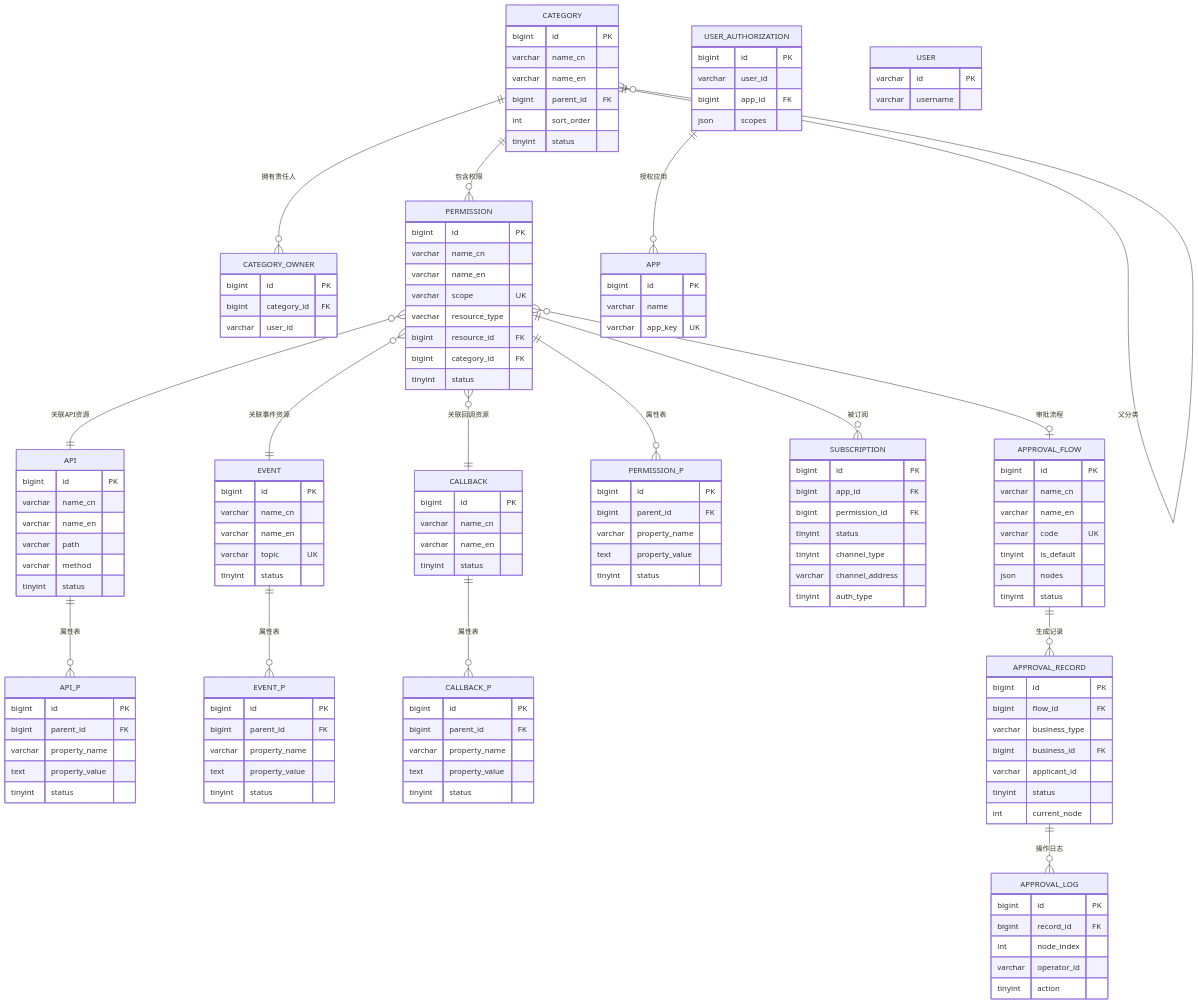
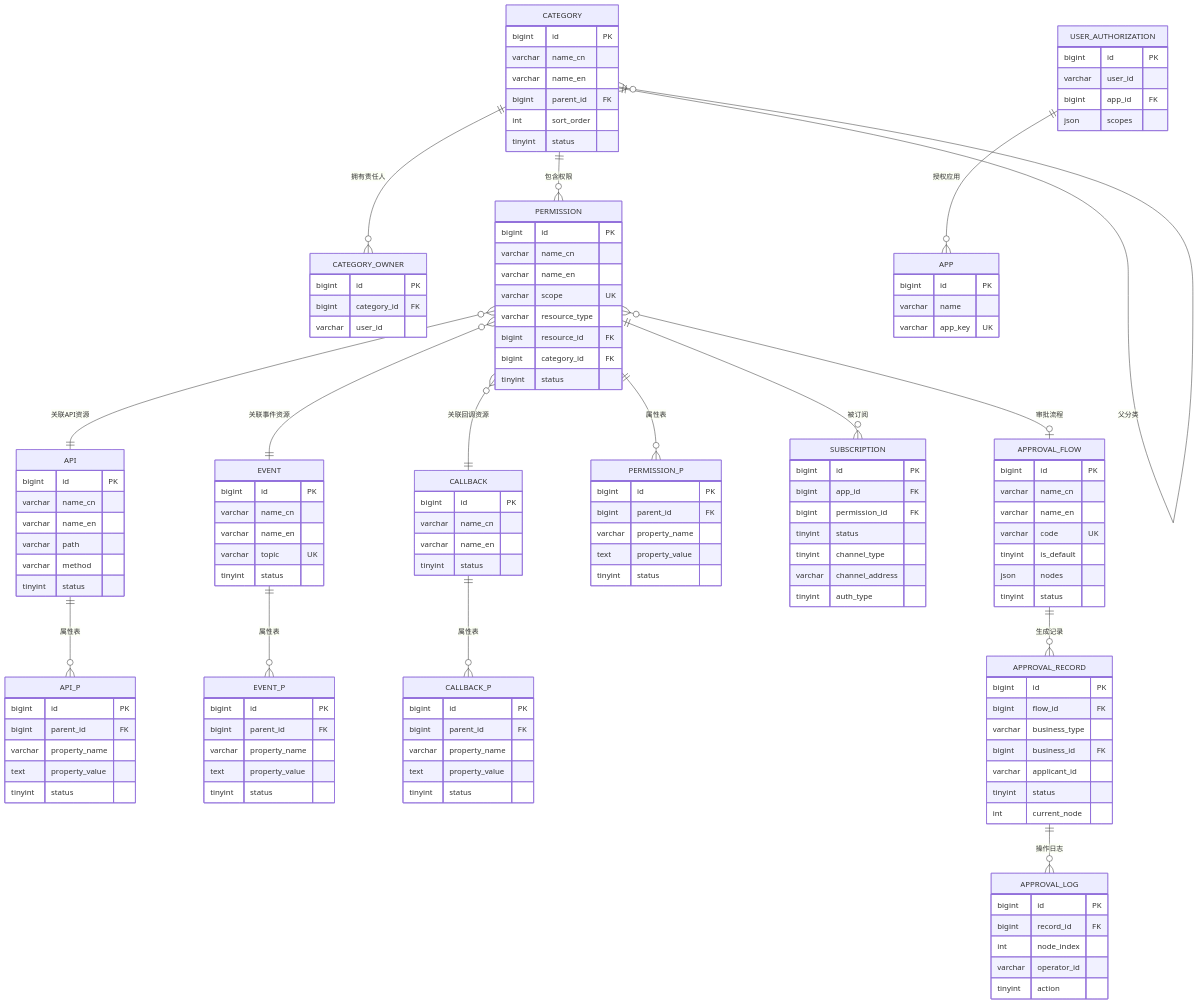
Before and after one commit to THZSummer/open-app: the sixth of 6 diagrams in .sddu/specs-tree-root/specs-tree-capability-open-platform/plan.md, drawn with Mermaid.

Commit message:
docs(plan): 删除 USER 表，使用现有用户能力
- 删除 ER 图中的 USER 实体
- 用户信息为已有能力，开发测试阶段使用 mock 数据

````diff
--- a/.sddu/specs-tree-root/specs-tree-capability-open-platform/plan.md
+++ b/.sddu/specs-tree-root/specs-tree-capability-open-platform/plan.md
@@ -733,9 +733,4 @@
         varchar name
         varchar app_key UK
     }
-    
-    USER {
-        varchar id PK
-        varchar username
-    }
 ```
````
